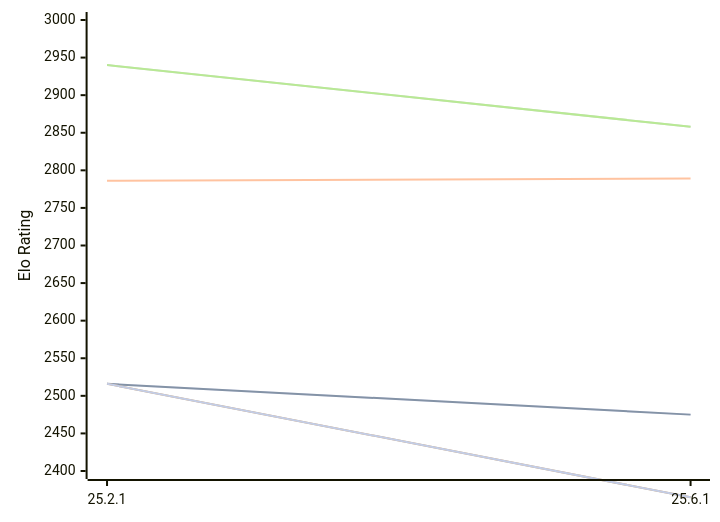
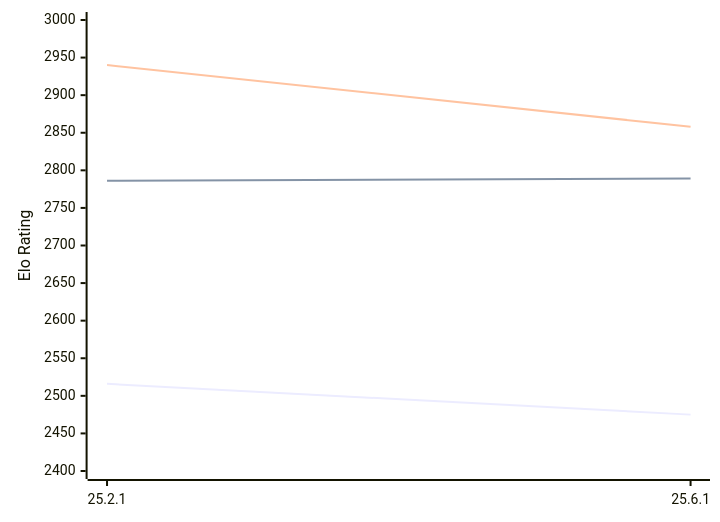
The diagram in engines/Crafty.md (computer-chess-index/cci), drawn with Mermaid before and after one commit. The commit also changed other lines of this file, not shown here.

````diff
--- a/engines/Crafty.md
+++ b/engines/Crafty.md
@@ -48,13 +48,9 @@
 ```mermaid
 %%{init: {"theme":"base","themeVariables":{"seriesColors:['#a3a3a3','#222221','#faa371']}}}%%
 xychart-beta
   x-axis ["25.2.1", "25.6.1"]
   y-axis "Elo Rating" 2400 --> 3000
-  line "" [2516, 2475]
   line "T1: STC (8.0+0.08s)" [2516, 2475]
   line "T1: LTC (60.0+0.60s)" [2786, 2789]
-  line "" [2940, 2858]
   line "T1: VLTC (2m24s+1.12s)" [2940, 2858]
-  line "" [2516,2365]
-  line "E1: STC (8.0+0.08s)" [2516,2365]
 ```
````
